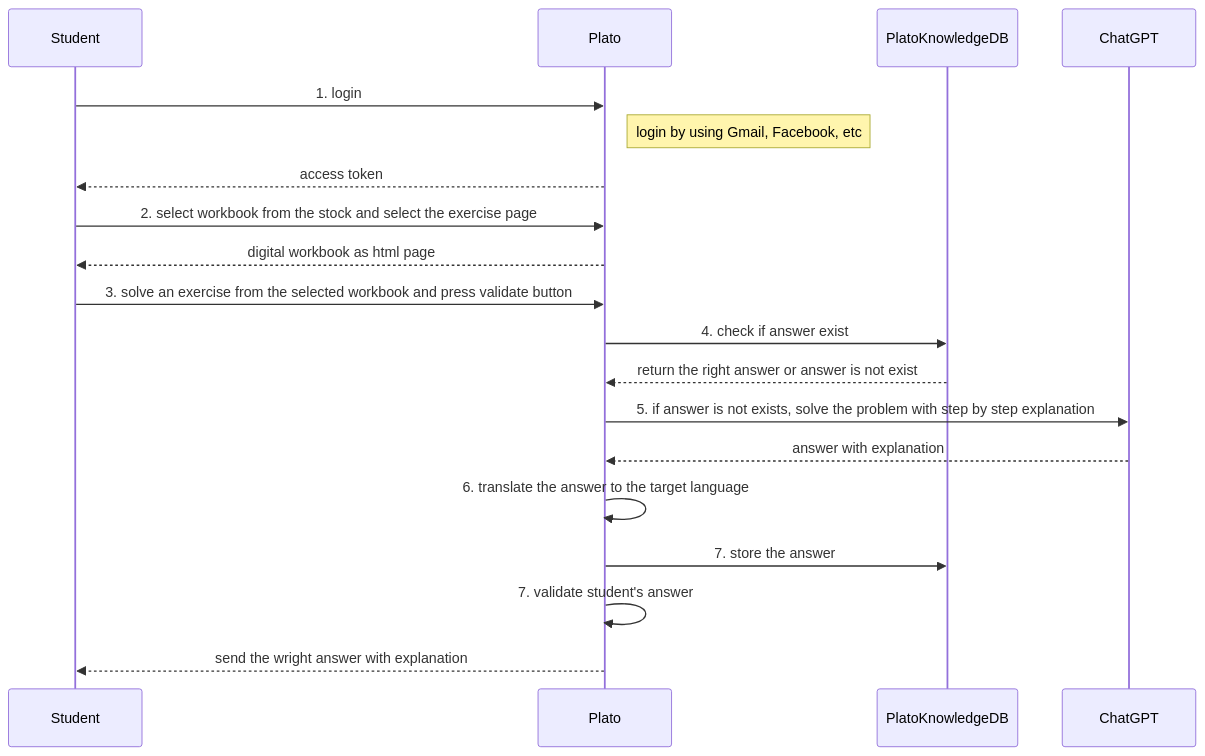
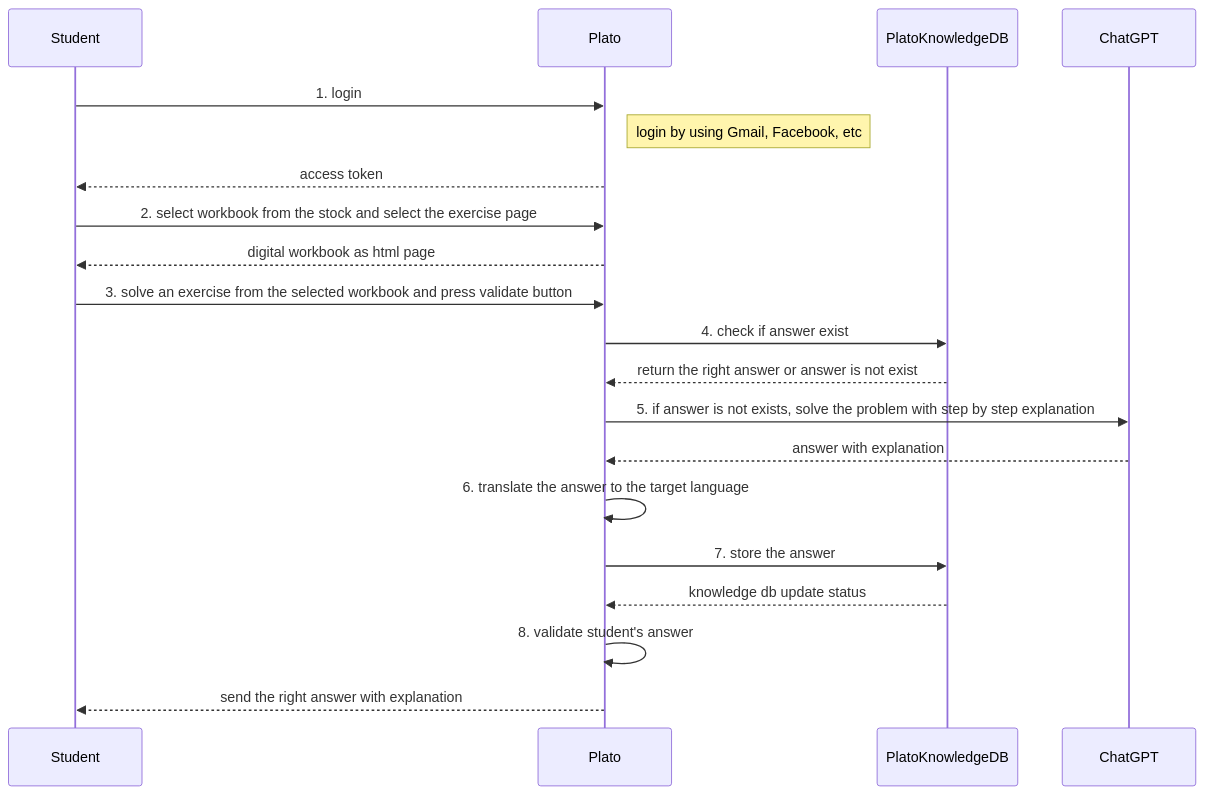
One commit to dimastatz/plato changed the second of 2 diagrams in docs/design.md. Above: the diagram before and after it, drawn with Mermaid.

Commit message:
add questions

````diff
--- a/docs/design.md
+++ b/docs/design.md
@@ -59,23 +59,25 @@
 ```mermaid
 sequenceDiagram
 
 Student->>Plato: 1. login
 Note right of Plato: login by using Gmail, Facebook, etc 
 Plato-->>Student: access token
 
 Student->>Plato: 2. select workbook from the stock and select the exercise page
 Plato-->>Student: digital workbook as html page 
 
 Student->>Plato: 3. solve an exercise from the selected workbook and press validate button
 
 Plato->>PlatoKnowledgeDB: 4. check if answer exist
 PlatoKnowledgeDB-->>Plato: return the right answer or answer is not exist
 
 Plato->>ChatGPT: 5. if answer is not exists, solve the problem with step by step explanation 
 ChatGPT-->>Plato: answer with explanation
 
 Plato->>Plato: 6. translate the answer to the target language
 Plato->>PlatoKnowledgeDB: 7. store the answer
-Plato->>Plato: 7. validate student's answer
-Plato-->>Student: send the wright answer with explanation
+PlatoKnowledgeDB-->>Plato: knowledge db update status
+
+Plato->>Plato: 8. validate student's answer
+Plato-->>Student: send the right answer with explanation
 ```
````
